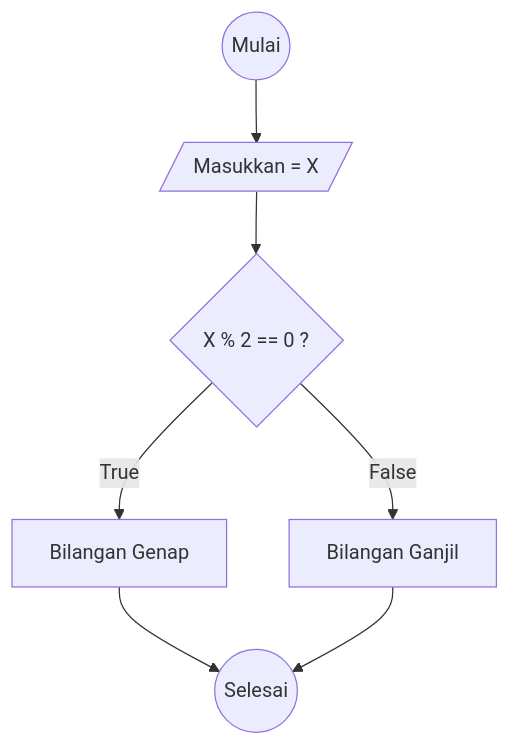
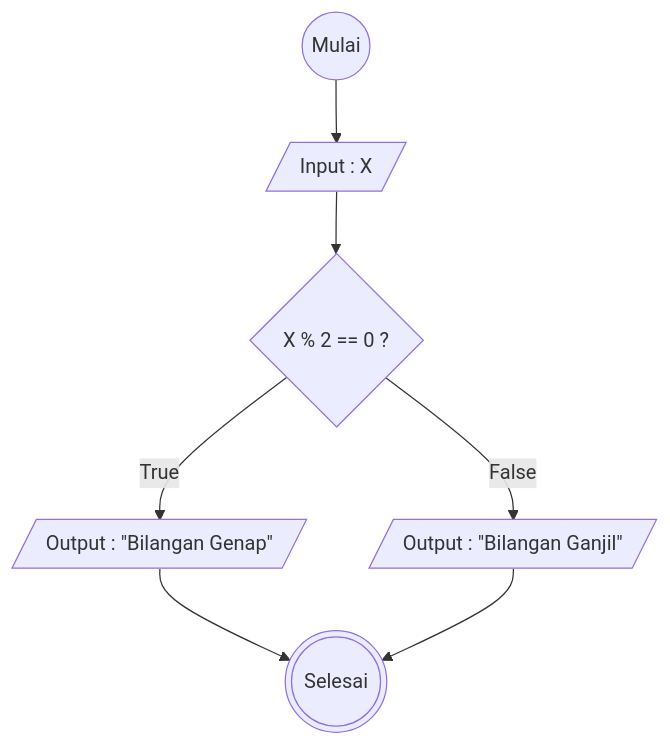
The diagram in flowchart-ganjil-genap.md (adityabastyas/koda-b6-algoritma), drawn with Mermaid before and after one commit.

Commit message:
Update flowchart in flowchart-ganjil-genap.md

````diff
--- a/flowchart-ganjil-genap.md
+++ b/flowchart-ganjil-genap.md
@@ -1,25 +1,25 @@
 ```mermaid
 
 flowchart TD
     A@{ shape: circle, label: "Mulai" }
-    B@{ shape: lean-r, label: "Masukkan = X" }
+    B@{ shape: lean-r, label: "Input : X" }
     C@{ shape: diamond, label: "X % 2 == 0 ?" }
-    D@{ shape: rect, label: "Bilangan Genap" }
-    E@{ shape: rect, label: "Bilangan Ganjil" }
-    F@{ shape: circle, label: "Selesai" }
+    D@{ shape: lean-r, label: 'Output : "Bilangan Genap"' }
+    E@{ shape: lean-r, label: 'Output : "Bilangan Ganjil"' }
+    F@{ shape: dbl-circ, label: "Selesai" }
 
     A --> B
     B --> C
     C -- True --> D
     C -- False --> E
     D --> F
     E --> F
 
 
 
 
 
 
 
 
 ```
````
